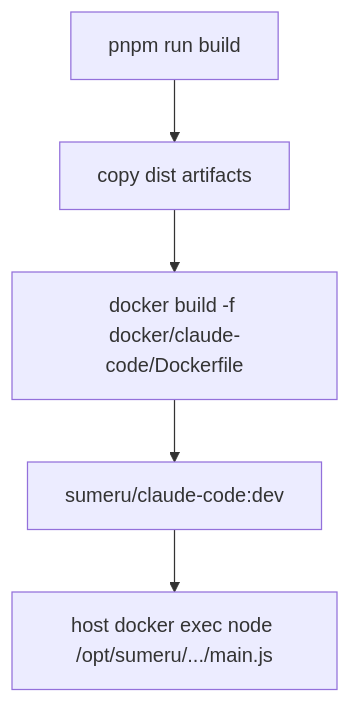
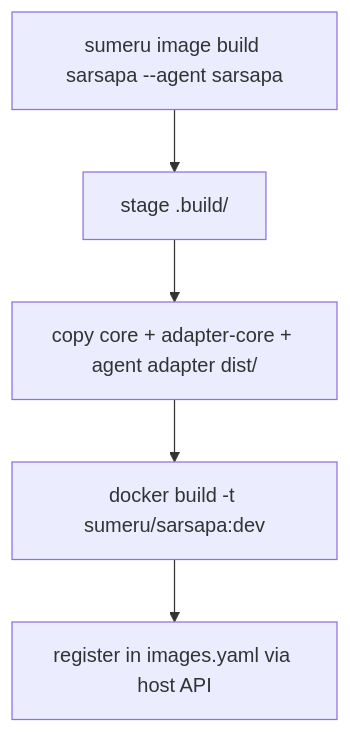
The diagram in cards/docker-image.md (shazhou-ww/sumeru), drawn with Mermaid before and after one commit. The commit also changed other lines of this file and 16 other files, not shown here.

First line of the commit message:
docs(cards): update all architecture cards for V3 data model

````diff
--- a/cards/docker-image.md
+++ b/cards/docker-image.md
@@ -24,7 +25,7 @@
 ```mermaid
 flowchart TB
-  A[pnpm run build] --> B[copy dist artifacts]
-  B --> C[docker build -f docker/claude-code/Dockerfile]
-  C --> D[sumeru/claude-code:dev]
-  D --> E[host docker exec node /opt/sumeru/.../main.js]
+  A[sumeru image build sarsapa --agent sarsapa] --> B[stage .build/]
+  B --> C[copy core + adapter-core + agent adapter dist/]
+  C --> D[docker build -t sumeru/sarsapa:dev]
+  D --> E[register in images.yaml via host API]
 ```
````
